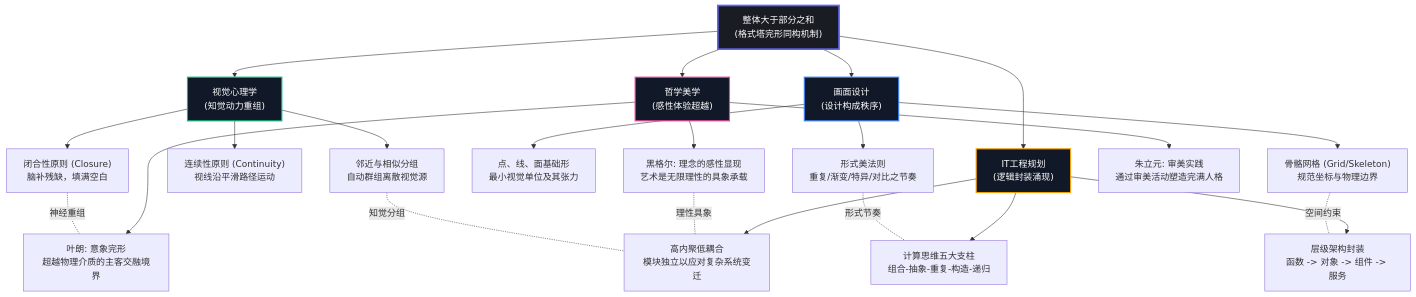
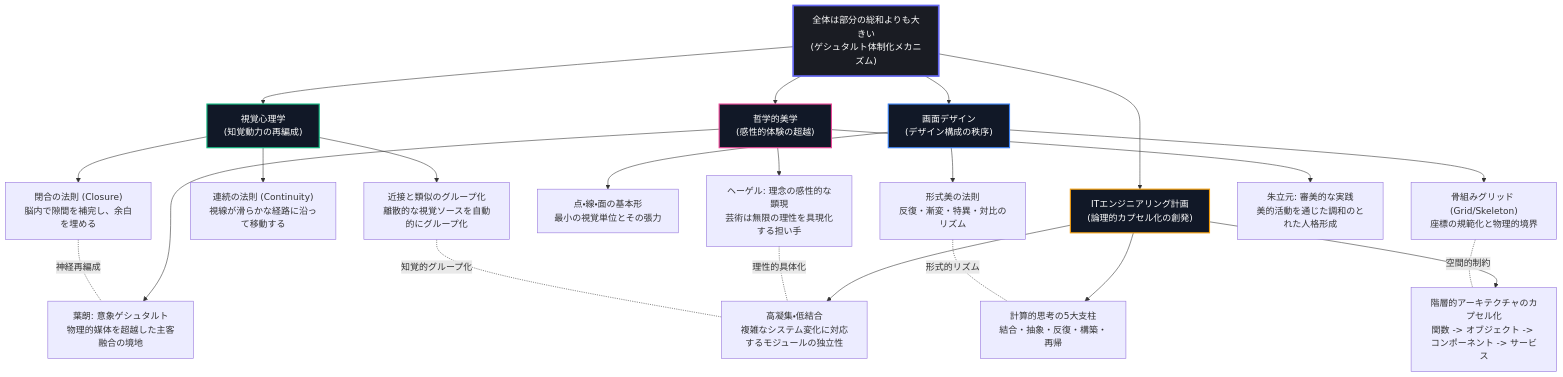
The first of 2 diagrams in content/research/pixel-architecture-resonance/theory-research-map/index.ja.md (QQDDTT/Dark-Lattice), drawn with Mermaid before and after one commit. The commit also changed other lines of this file and 21 other files, not shown here.

````diff
--- a/content/research/pixel-architecture-resonance/theory-research-map/index.ja.md
+++ b/content/research/pixel-architecture-resonance/theory-research-map/index.ja.md
@@ -18,42 +16,42 @@
 ```mermaid
 graph TD
     %% 核心概念
-    Root["整体大于部分之和<br>(格式塔完形同构机制)"] --> P_Psych["视觉心理学<br>(知觉动力重组)"]
-    Root --> V_Design["画面设计<br>(设计构成秩序)"]
-    Root --> Aesthetics["哲学美学<br>(感性体验超越)"]
-    Root --> IT_Plan["IT工程规划<br>(逻辑封装涌现)"]
+    Root["全体は部分の総和よりも大きい<br>(ゲシュタルト体制化メカニズム)"] --> P_Psych["視覚心理学<br>(知覚動力の再編成)"]
+    Root --> V_Design["画面デザイン<br>(デザイン構成の秩序)"]
+    Root --> Aesthetics["哲学的美学<br>(感性的体験の超越)"]
+    Root --> IT_Plan["ITエンジニアリング計画<br>(論理的カプセル化の創発)"]
 
-    %% 视觉心理学分支
-    P_Psych --> Psych_1["闭合性原则 (Closure)<br>脑补残缺，填满空白"]
-    P_Psych --> Psych_2["连续性原则 (Continuity)<br>视线沿平滑路径运动"]
-    P_Psych --> Psych_3["邻近与相似分组<br>自动群组离散视觉源"]
+    %% 視覚心理学分支
+    P_Psych --> Psych_1["閉合の法則 (Closure)<br>脳内で隙間を補完し、余白を埋める"]
+    P_Psych --> Psych_2["連続の法則 (Continuity)<br>視線が滑らかな経路に沿って移動する"]
+    P_Psych --> Psych_3["近接と類似のグループ化<br>離散的な視覚ソースを自動的にグループ化"]
 
-    %% 画面设计分支
-    V_Design --> Design_1["点、线、面基础形<br>最小视觉单位及其张力"]
-    V_Design --> Design_2["骨骼网格 (Grid/Skeleton)<br>规范坐标与物理边界"]
-    V_Design --> Design_3["形式美法则<br>重复/渐变/特异/对比之节奏"]
+    %% 画面設計分支
+    V_Design --> Design_1["点・線・面の基本形<br>最小の視覚単位とその張力"]
+    V_Design --> Design_2["骨組みグリッド (Grid/Skeleton)<br>座標の規範化と物理的境界"]
+    V_Design --> Design_3["形式美の法則<br>反復・漸変・特異・対比のリズム"]
 
     %% 哲学美学分支
-    Aesthetics --> Aest_1["黑格尔: 理念的感性显现<br>艺术是无限理性的具象承载"]
-    Aesthetics --> Aest_2["叶朗: 意象完形<br>超越物理介质的主客交融境界"]
-    Aesthetics --> Aest_3["朱立元: 审美实践<br>通过审美活动塑造完满人格"]
+    Aesthetics --> Aest_1["ヘーゲル: 理念の感性的な顕現<br>芸術は無限の理性を具現化する担い手"]
+    Aesthetics --> Aest_2["葉朗: 意象ゲシュタルト<br>物理的媒体を超越した主客融合の境地"]
+    Aesthetics --> Aest_3["朱立元: 審美的な実践<br>美的活動を通じた調和のとれた人格形成"]
 
-    %% IT工程规划分支
-    IT_Plan --> IT_1["计算思维五大支柱<br>组合-抽象-重复-构造-递归"]
-    IT_Plan --> IT_2["层级架构封装<br>函数 -> 对象 -> 组件 -> 服务"]
-    IT_Plan --> IT_3["高内聚低耦合<br>模块独立以应对复杂系统变迁"]
+    %% ITエンジニアリング計画分支
+    IT_Plan --> IT_1["計算的思考の5大支柱<br>結合・抽象・反復・構築・再帰"]
+    IT_Plan --> IT_2["階層的アーキテクチャのカプセル化<br>関数 -> オブジェクト -> コンポーネント -> サービス"]
+    IT_Plan --> IT_3["高凝集・低結合<br>複雑なシステム変化に対応するモジュールの独立性"]
 
-    %% 跨学科底层连接线
-    Psych_1 -. 神经重组 .- Aest_2
-    Design_2 -. 空间约束 .- IT_2
-    Design_3 -. 形式节奏 .- IT_1
-    Aest_1 -. 理性具象 .- IT_3
-    Psych_3 -. 知觉分组 .- IT_3
+    %% 跨学科学的底層接続線
+    Psych_1 -. 神経再編成 .- Aest_2
+    Design_2 -. 空間的制約 .- IT_2
+    Design_3 -. 形式的リズム .- IT_1
+    Aest_1 -. 理性的具体化 .- IT_3
+    Psych_3 -. 知覚的グループ化 .- IT_3
 
-    %% 样式
+    %% スタイル
     style Root fill:#1a1c23,stroke:#6366f1,stroke-width:3px,color:#fff
     style P_Psych fill:#111827,stroke:#10b981,stroke-width:2px,color:#fff
     style V_Design fill:#111827,stroke:#3b82f6,stroke-width:2px,color:#fff
     style Aesthetics fill:#111827,stroke:#ec4899,stroke-width:2px,color:#fff
     style IT_Plan fill:#111827,stroke:#f59e0b,stroke-width:2px,color:#fff
 ```
````
